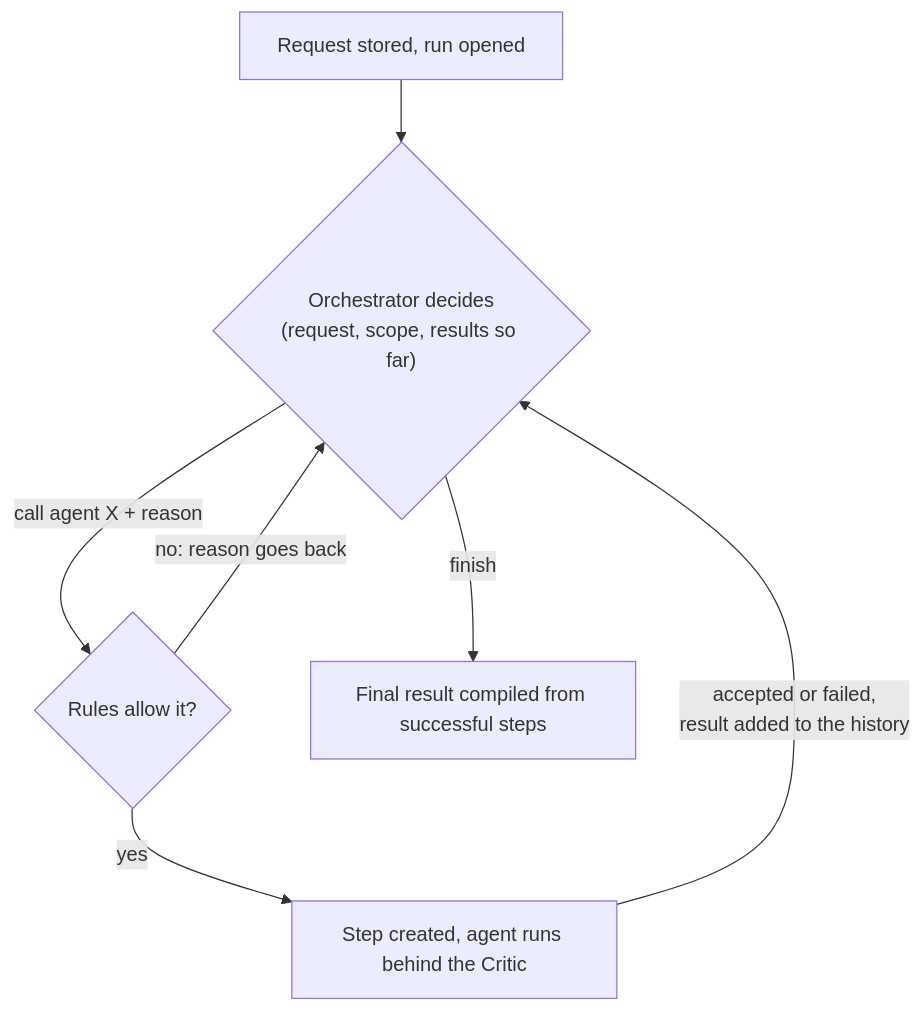
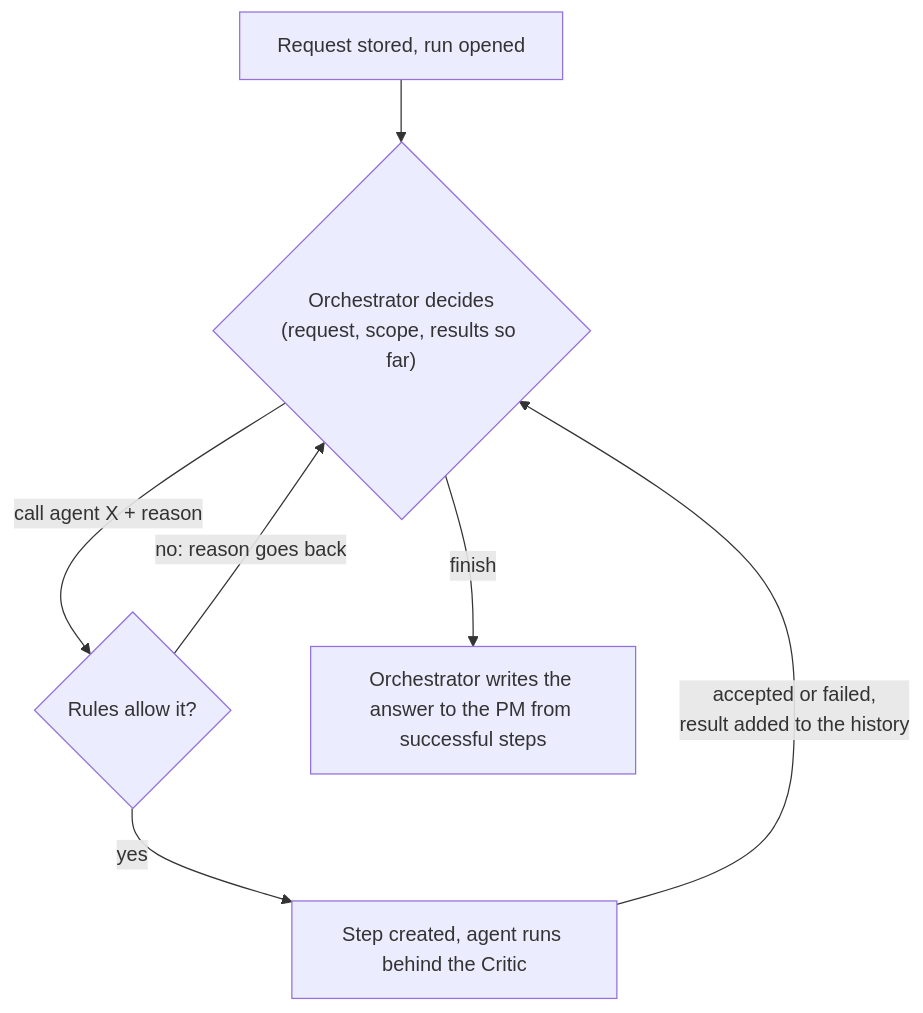
Before and after one commit to gabrielhansmann/attention_is_all_we_have: the first of 3 diagrams in docs/architecture/02-orchestration-and-human-in-the-loop.md, drawn with Mermaid. The commit also changed other lines of this file and 14 other files, not shown here.

First line of the commit message:
Make agent answers readable and have the orchestrator answer the PM

````diff
--- a/docs/architecture/02-orchestration-and-human-in-the-loop.md
+++ b/docs/architecture/02-orchestration-and-human-in-the-loop.md
@@ -30,9 +30,9 @@
 ```mermaid
 flowchart TD
     R["Request stored, run opened"] --> D{"Orchestrator decides<br/>(request, scope, results so far)"}
     D -->|"call agent X + reason"| C{"Rules allow it?"}
     C -->|no: reason goes back| D
     C -->|yes| S["Step created, agent runs behind the Critic"]
     S -->|"accepted or failed,<br/>result added to the history"| D
-    D -->|finish| F["Final result compiled from successful steps"]
+    D -->|finish| F["Orchestrator writes the answer to the PM from successful steps"]
 ```
````
